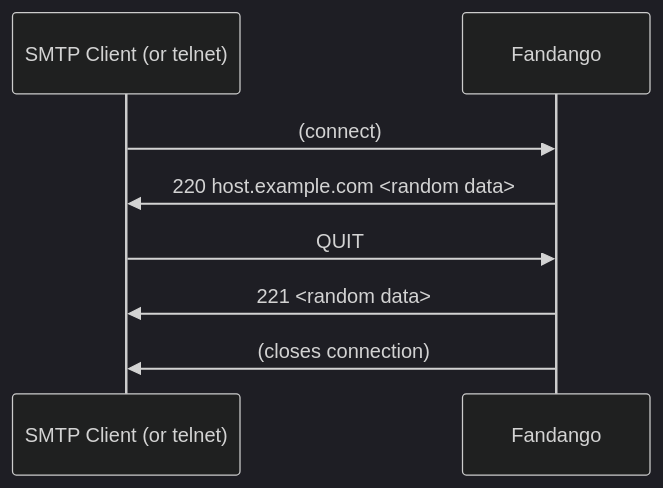
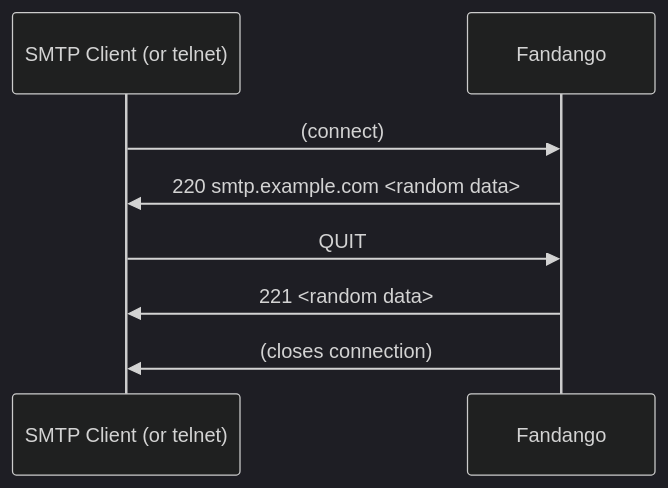
The fourth of 6 diagrams in _sources/Protocols.md (fandango-fuzzer/fandango-fuzzer.github.io), drawn with Mermaid (dark theme) before and after one commit. The commit also changed other lines of this file and 169 other files, not shown here.

````diff
--- a/_sources/Protocols.md
+++ b/_sources/Protocols.md
@@ -278,8 +363,8 @@
 ```{mermaid}
 sequenceDiagram
     SMTP Client (or telnet)->>Fandango: (connect)
-    Fandango->>SMTP Client (or telnet): 220 host.example.com <random data>
+    Fandango->>SMTP Client (or telnet): 220 smtp.example.com <random data>
     SMTP Client (or telnet)->>Fandango: QUIT
     Fandango->>SMTP Client (or telnet): 221 <random data>
     Fandango->>SMTP Client (or telnet): (closes connection)
 ```
````
